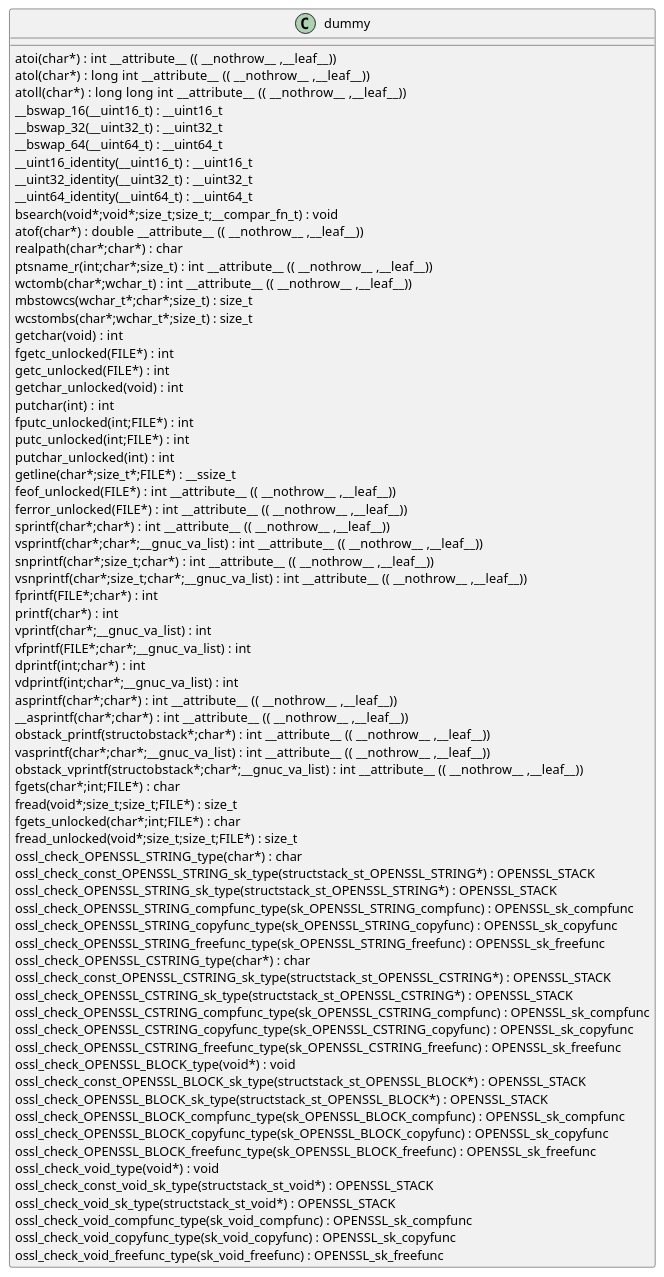
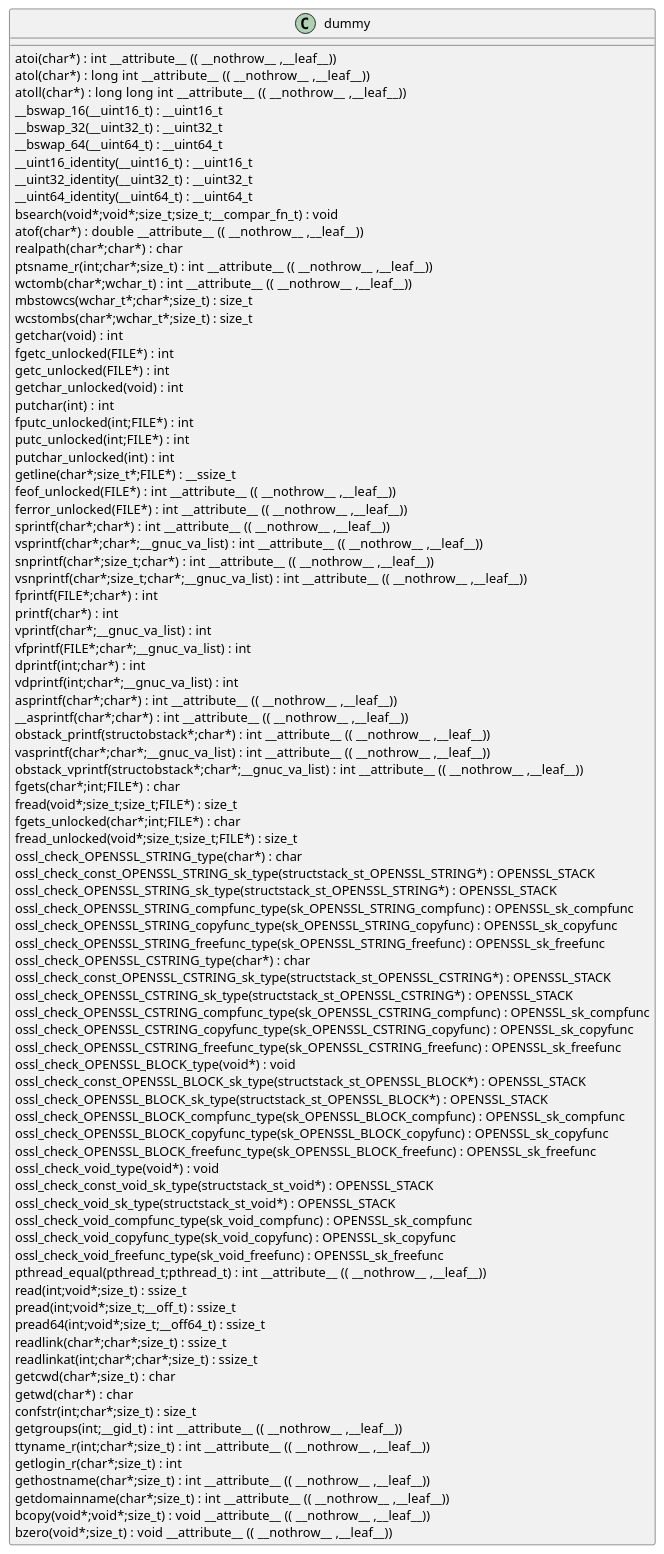
One commit to qualitesys/openssl changed the diagram in docs/qc/providers/implementations/rands/seeding/rand_unix.c.puml. Above: the diagram before and after it, drawn with PlantUML. The commit also changed 512 other files, not shown here.

```diff
--- a/docs/qc/providers/implementations/rands/seeding/rand_unix.c.puml
+++ b/docs/qc/providers/implementations/rands/seeding/rand_unix.c.puml
@@ -1,75 +1,91 @@
 @startuml
 !pragma layout smetana
 class dummy {
 atoi(char*) :  int  __attribute__ (( __nothrow__ ,__leaf__)) [[[./../../../../.././qc/providers/implementations/rands/seeding/rand_unix.c.html#672]]]
 atol(char*) :  long  int  __attribute__ (( __nothrow__ ,__leaf__)) [[[./../../../../.././qc/providers/implementations/rands/seeding/rand_unix.c.html#677]]]
 atoll(char*) :  long  long  int  __attribute__ (( __nothrow__ ,__leaf__)) [[[./../../../../.././qc/providers/implementations/rands/seeding/rand_unix.c.html#684]]]
 __bswap_16(__uint16_t) : __uint16_t [[[./../../../../.././qc/providers/implementations/rands/seeding/rand_unix.c.html#878]]]
 __bswap_32(__uint32_t) : __uint32_t [[[./../../../../.././qc/providers/implementations/rands/seeding/rand_unix.c.html#893]]]
 __bswap_64(__uint64_t) : __uint64_t [[[./../../../../.././qc/providers/implementations/rands/seeding/rand_unix.c.html#903]]]
 __uint16_identity(__uint16_t) : __uint16_t [[[./../../../../.././qc/providers/implementations/rands/seeding/rand_unix.c.html#915]]]
 __uint32_identity(__uint32_t) : __uint32_t [[[./../../../../.././qc/providers/implementations/rands/seeding/rand_unix.c.html#921]]]
 __uint64_identity(__uint64_t) : __uint64_t [[[./../../../../.././qc/providers/implementations/rands/seeding/rand_unix.c.html#927]]]
 bsearch(void*;void*;size_t;size_t;__compar_fn_t) :  void  [[[./../../../../.././qc/providers/implementations/rands/seeding/rand_unix.c.html#1639]]]
 atof(char*) :  double  __attribute__ (( __nothrow__ ,__leaf__)) [[[./../../../../.././qc/providers/implementations/rands/seeding/rand_unix.c.html#1]]]
 realpath(char*;char*) :  char  [[[./../../../../.././qc/providers/implementations/rands/seeding/rand_unix.c.html#1]]]
 ptsname_r(int;char*;size_t) :  int  __attribute__ (( __nothrow__ ,__leaf__)) [[[./../../../../.././qc/providers/implementations/rands/seeding/rand_unix.c.html#1]]]
 wctomb(char*;wchar_t) :  int  __attribute__ (( __nothrow__ ,__leaf__)) [[[./../../../../.././qc/providers/implementations/rands/seeding/rand_unix.c.html#1]]]
 mbstowcs(wchar_t*;char*;size_t) : size_t [[[./../../../../.././qc/providers/implementations/rands/seeding/rand_unix.c.html#1]]]
 wcstombs(char*;wchar_t*;size_t) : size_t [[[./../../../../.././qc/providers/implementations/rands/seeding/rand_unix.c.html#1]]]
 getchar(void) :  int  [[[./../../../../.././qc/providers/implementations/rands/seeding/rand_unix.c.html#1]]]
 fgetc_unlocked(FILE*) :  int  [[[./../../../../.././qc/providers/implementations/rands/seeding/rand_unix.c.html#1]]]
 getc_unlocked(FILE*) :  int  [[[./../../../../.././qc/providers/implementations/rands/seeding/rand_unix.c.html#1]]]
 getchar_unlocked(void) :  int  [[[./../../../../.././qc/providers/implementations/rands/seeding/rand_unix.c.html#1]]]
 putchar(int) :  int  [[[./../../../../.././qc/providers/implementations/rands/seeding/rand_unix.c.html#1]]]
 fputc_unlocked(int;FILE*) :  int  [[[./../../../../.././qc/providers/implementations/rands/seeding/rand_unix.c.html#1]]]
 putc_unlocked(int;FILE*) :  int  [[[./../../../../.././qc/providers/implementations/rands/seeding/rand_unix.c.html#1]]]
 putchar_unlocked(int) :  int  [[[./../../../../.././qc/providers/implementations/rands/seeding/rand_unix.c.html#1]]]
 getline(char*;size_t*;FILE*) : __ssize_t [[[./../../../../.././qc/providers/implementations/rands/seeding/rand_unix.c.html#1]]]
 feof_unlocked(FILE*) :  int  __attribute__ (( __nothrow__ ,__leaf__)) [[[./../../../../.././qc/providers/implementations/rands/seeding/rand_unix.c.html#1]]]
 ferror_unlocked(FILE*) :  int  __attribute__ (( __nothrow__ ,__leaf__)) [[[./../../../../.././qc/providers/implementations/rands/seeding/rand_unix.c.html#1]]]
 sprintf(char*;char*) :  int  __attribute__ (( __nothrow__ ,__leaf__)) [[[./../../../../.././qc/providers/implementations/rands/seeding/rand_unix.c.html#1]]]
 vsprintf(char*;char*;__gnuc_va_list) :  int  __attribute__ (( __nothrow__ ,__leaf__)) [[[./../../../../.././qc/providers/implementations/rands/seeding/rand_unix.c.html#1]]]
 snprintf(char*;size_t;char*) :  int  __attribute__ (( __nothrow__ ,__leaf__)) [[[./../../../../.././qc/providers/implementations/rands/seeding/rand_unix.c.html#1]]]
 vsnprintf(char*;size_t;char*;__gnuc_va_list) :  int  __attribute__ (( __nothrow__ ,__leaf__)) [[[./../../../../.././qc/providers/implementations/rands/seeding/rand_unix.c.html#1]]]
 fprintf(FILE*;char*) :  int  [[[./../../../../.././qc/providers/implementations/rands/seeding/rand_unix.c.html#1]]]
 printf(char*) :  int  [[[./../../../../.././qc/providers/implementations/rands/seeding/rand_unix.c.html#1]]]
 vprintf(char*;__gnuc_va_list) :  int  [[[./../../../../.././qc/providers/implementations/rands/seeding/rand_unix.c.html#1]]]
 vfprintf(FILE*;char*;__gnuc_va_list) :  int  [[[./../../../../.././qc/providers/implementations/rands/seeding/rand_unix.c.html#1]]]
 dprintf(int;char*) :  int  [[[./../../../../.././qc/providers/implementations/rands/seeding/rand_unix.c.html#1]]]
 vdprintf(int;char*;__gnuc_va_list) :  int  [[[./../../../../.././qc/providers/implementations/rands/seeding/rand_unix.c.html#1]]]
 asprintf(char*;char*) :  int  __attribute__ (( __nothrow__ ,__leaf__)) [[[./../../../../.././qc/providers/implementations/rands/seeding/rand_unix.c.html#1]]]
 __asprintf(char*;char*) :  int  __attribute__ (( __nothrow__ ,__leaf__)) [[[./../../../../.././qc/providers/implementations/rands/seeding/rand_unix.c.html#1]]]
 obstack_printf(structobstack*;char*) :  int  __attribute__ (( __nothrow__ ,__leaf__)) [[[./../../../../.././qc/providers/implementations/rands/seeding/rand_unix.c.html#1]]]
 vasprintf(char*;char*;__gnuc_va_list) :  int  __attribute__ (( __nothrow__ ,__leaf__)) [[[./../../../../.././qc/providers/implementations/rands/seeding/rand_unix.c.html#1]]]
 obstack_vprintf(structobstack*;char*;__gnuc_va_list) :  int  __attribute__ (( __nothrow__ ,__leaf__)) [[[./../../../../.././qc/providers/implementations/rands/seeding/rand_unix.c.html#1]]]
 fgets(char*;int;FILE*) :  char  [[[./../../../../.././qc/providers/implementations/rands/seeding/rand_unix.c.html#1]]]
 fread(void*;size_t;size_t;FILE*) : size_t [[[./../../../../.././qc/providers/implementations/rands/seeding/rand_unix.c.html#1]]]
 fgets_unlocked(char*;int;FILE*) :  char  [[[./../../../../.././qc/providers/implementations/rands/seeding/rand_unix.c.html#1]]]
 fread_unlocked(void*;size_t;size_t;FILE*) : size_t [[[./../../../../.././qc/providers/implementations/rands/seeding/rand_unix.c.html#1]]]
 ossl_check_OPENSSL_STRING_type(char*) :  char  [[[./../../../../.././qc/providers/implementations/rands/seeding/rand_unix.c.html#1]]]
 ossl_check_const_OPENSSL_STRING_sk_type(structstack_st_OPENSSL_STRING*) : OPENSSL_STACK [[[./../../../../.././qc/providers/implementations/rands/seeding/rand_unix.c.html#1]]]
 ossl_check_OPENSSL_STRING_sk_type(structstack_st_OPENSSL_STRING*) : OPENSSL_STACK [[[./../../../../.././qc/providers/implementations/rands/seeding/rand_unix.c.html#1]]]
 ossl_check_OPENSSL_STRING_compfunc_type(sk_OPENSSL_STRING_compfunc) : OPENSSL_sk_compfunc [[[./../../../../.././qc/providers/implementations/rands/seeding/rand_unix.c.html#1]]]
 ossl_check_OPENSSL_STRING_copyfunc_type(sk_OPENSSL_STRING_copyfunc) : OPENSSL_sk_copyfunc [[[./../../../../.././qc/providers/implementations/rands/seeding/rand_unix.c.html#1]]]
 ossl_check_OPENSSL_STRING_freefunc_type(sk_OPENSSL_STRING_freefunc) : OPENSSL_sk_freefunc [[[./../../../../.././qc/providers/implementations/rands/seeding/rand_unix.c.html#1]]]
 ossl_check_OPENSSL_CSTRING_type(char*) :  char  [[[./../../../../.././qc/providers/implementations/rands/seeding/rand_unix.c.html#1]]]
 ossl_check_const_OPENSSL_CSTRING_sk_type(structstack_st_OPENSSL_CSTRING*) : OPENSSL_STACK [[[./../../../../.././qc/providers/implementations/rands/seeding/rand_unix.c.html#1]]]
 ossl_check_OPENSSL_CSTRING_sk_type(structstack_st_OPENSSL_CSTRING*) : OPENSSL_STACK [[[./../../../../.././qc/providers/implementations/rands/seeding/rand_unix.c.html#1]]]
 ossl_check_OPENSSL_CSTRING_compfunc_type(sk_OPENSSL_CSTRING_compfunc) : OPENSSL_sk_compfunc [[[./../../../../.././qc/providers/implementations/rands/seeding/rand_unix.c.html#1]]]
 ossl_check_OPENSSL_CSTRING_copyfunc_type(sk_OPENSSL_CSTRING_copyfunc) : OPENSSL_sk_copyfunc [[[./../../../../.././qc/providers/implementations/rands/seeding/rand_unix.c.html#1]]]
 ossl_check_OPENSSL_CSTRING_freefunc_type(sk_OPENSSL_CSTRING_freefunc) : OPENSSL_sk_freefunc [[[./../../../../.././qc/providers/implementations/rands/seeding/rand_unix.c.html#1]]]
 ossl_check_OPENSSL_BLOCK_type(void*) :  void  [[[./../../../../.././qc/providers/implementations/rands/seeding/rand_unix.c.html#1]]]
 ossl_check_const_OPENSSL_BLOCK_sk_type(structstack_st_OPENSSL_BLOCK*) : OPENSSL_STACK [[[./../../../../.././qc/providers/implementations/rands/seeding/rand_unix.c.html#1]]]
 ossl_check_OPENSSL_BLOCK_sk_type(structstack_st_OPENSSL_BLOCK*) : OPENSSL_STACK [[[./../../../../.././qc/providers/implementations/rands/seeding/rand_unix.c.html#1]]]
 ossl_check_OPENSSL_BLOCK_compfunc_type(sk_OPENSSL_BLOCK_compfunc) : OPENSSL_sk_compfunc [[[./../../../../.././qc/providers/implementations/rands/seeding/rand_unix.c.html#1]]]
 ossl_check_OPENSSL_BLOCK_copyfunc_type(sk_OPENSSL_BLOCK_copyfunc) : OPENSSL_sk_copyfunc [[[./../../../../.././qc/providers/implementations/rands/seeding/rand_unix.c.html#1]]]
 ossl_check_OPENSSL_BLOCK_freefunc_type(sk_OPENSSL_BLOCK_freefunc) : OPENSSL_sk_freefunc [[[./../../../../.././qc/providers/implementations/rands/seeding/rand_unix.c.html#1]]]
 ossl_check_void_type(void*) :  void  [[[./../../../../.././qc/providers/implementations/rands/seeding/rand_unix.c.html#1]]]
 ossl_check_const_void_sk_type(structstack_st_void*) : OPENSSL_STACK [[[./../../../../.././qc/providers/implementations/rands/seeding/rand_unix.c.html#1]]]
 ossl_check_void_sk_type(structstack_st_void*) : OPENSSL_STACK [[[./../../../../.././qc/providers/implementations/rands/seeding/rand_unix.c.html#1]]]
 ossl_check_void_compfunc_type(sk_void_compfunc) : OPENSSL_sk_compfunc [[[./../../../../.././qc/providers/implementations/rands/seeding/rand_unix.c.html#1]]]
 ossl_check_void_copyfunc_type(sk_void_copyfunc) : OPENSSL_sk_copyfunc [[[./../../../../.././qc/providers/implementations/rands/seeding/rand_unix.c.html#1]]]
 ossl_check_void_freefunc_type(sk_void_freefunc) : OPENSSL_sk_freefunc [[[./../../../../.././qc/providers/implementations/rands/seeding/rand_unix.c.html#1]]]
+pthread_equal(pthread_t;pthread_t) :  int  __attribute__ (( __nothrow__ ,__leaf__)) [[[./../../../../.././qc/providers/implementations/rands/seeding/rand_unix.c.html#1]]]
+read(int;void*;size_t) : ssize_t [[[./../../../../.././qc/providers/implementations/rands/seeding/rand_unix.c.html#1]]]
+pread(int;void*;size_t;__off_t) : ssize_t [[[./../../../../.././qc/providers/implementations/rands/seeding/rand_unix.c.html#1]]]
+pread64(int;void*;size_t;__off64_t) : ssize_t [[[./../../../../.././qc/providers/implementations/rands/seeding/rand_unix.c.html#1]]]
+readlink(char*;char*;size_t) : ssize_t [[[./../../../../.././qc/providers/implementations/rands/seeding/rand_unix.c.html#1]]]
+readlinkat(int;char*;char*;size_t) : ssize_t [[[./../../../../.././qc/providers/implementations/rands/seeding/rand_unix.c.html#1]]]
+getcwd(char*;size_t) :  char  [[[./../../../../.././qc/providers/implementations/rands/seeding/rand_unix.c.html#1]]]
+getwd(char*) :  char  [[[./../../../../.././qc/providers/implementations/rands/seeding/rand_unix.c.html#1]]]
+confstr(int;char*;size_t) : size_t [[[./../../../../.././qc/providers/implementations/rands/seeding/rand_unix.c.html#1]]]
+getgroups(int;__gid_t) :  int  __attribute__ (( __nothrow__ ,__leaf__)) [[[./../../../../.././qc/providers/implementations/rands/seeding/rand_unix.c.html#1]]]
+ttyname_r(int;char*;size_t) :  int  __attribute__ (( __nothrow__ ,__leaf__)) [[[./../../../../.././qc/providers/implementations/rands/seeding/rand_unix.c.html#1]]]
+getlogin_r(char*;size_t) :  int  [[[./../../../../.././qc/providers/implementations/rands/seeding/rand_unix.c.html#1]]]
+gethostname(char*;size_t) :  int  __attribute__ (( __nothrow__ ,__leaf__)) [[[./../../../../.././qc/providers/implementations/rands/seeding/rand_unix.c.html#1]]]
+getdomainname(char*;size_t) :  int  __attribute__ (( __nothrow__ ,__leaf__)) [[[./../../../../.././qc/providers/implementations/rands/seeding/rand_unix.c.html#1]]]
+bcopy(void*;void*;size_t) :  void  __attribute__ (( __nothrow__ ,__leaf__)) [[[./../../../../.././qc/providers/implementations/rands/seeding/rand_unix.c.html#1]]]
+bzero(void*;size_t) :  void  __attribute__ (( __nothrow__ ,__leaf__)) [[[./../../../../.././qc/providers/implementations/rands/seeding/rand_unix.c.html#1]]]
 } 
 @enduml
```
